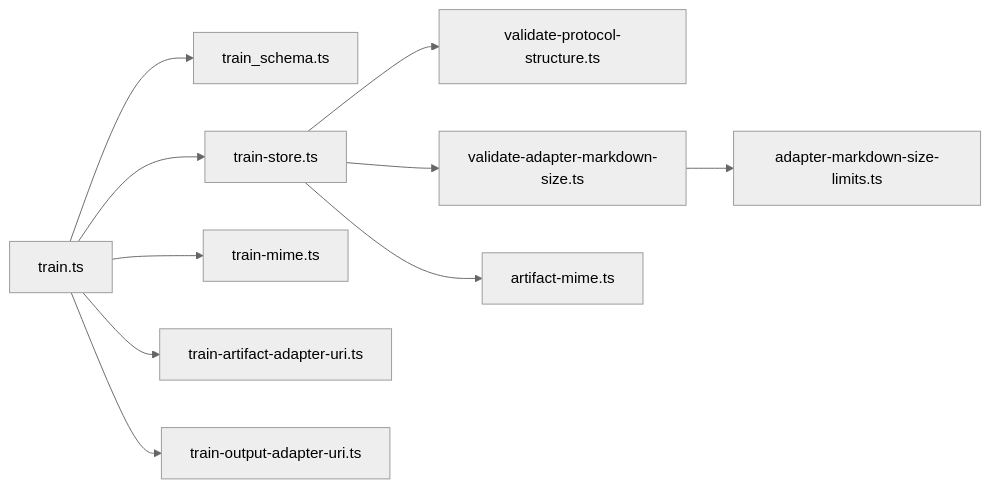
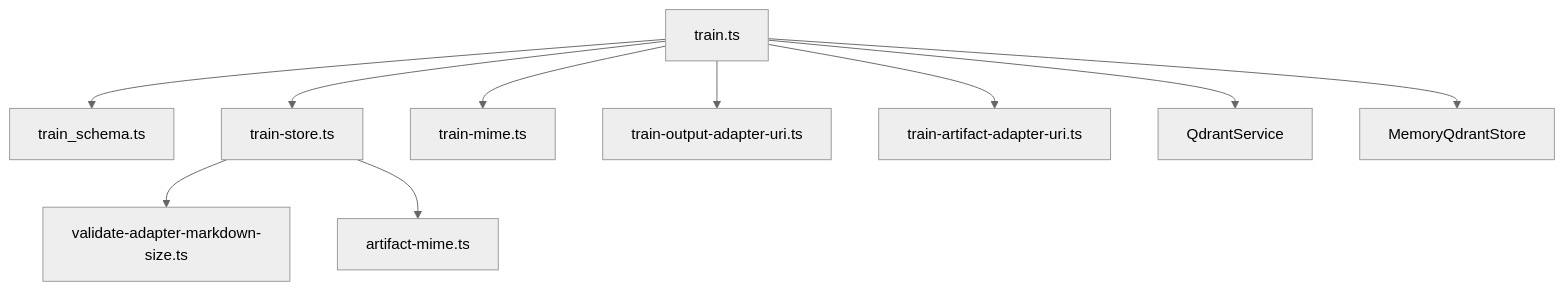
Diagram 12 of 12 in .qoder/repowiki/en/content/MCP Tools Reference/Train Tool.md (SquadRules/mcp), drawn with Mermaid (neutral theme) before and after one commit. The commit also changed other lines of this file and 553 other files, not shown here.

````diff
--- a/.qoder/repowiki/en/content/MCP Tools Reference/Train Tool.md
+++ b/.qoder/repowiki/en/content/MCP Tools Reference/Train Tool.md
@@ -410,12 +439,12 @@
 ```mermaid
-graph LR
+graph TB
 Train["train.ts"] --> Schema["train_schema.ts"]
 Train --> Store["train-store.ts"]
 Train --> Mime["train-mime.ts"]
-Train --> ArtUri["train-artifact-adapter-uri.ts"]
-Train --> OutUri["train-output-adapter-uri.ts"]
-Store --> VProto["validate-protocol-structure.ts"]
-Store --> VSize["validate-adapter-markdown-size.ts"]
-Store --> AMime["artifact-mime.ts"]
-VSize --> Limits["adapter-markdown-size-limits.ts"]
+Train --> UriOut["train-output-adapter-uri.ts"]
+Train --> UriArtifact["train-artifact-adapter-uri.ts"]
+Store --> Size["validate-adapter-markdown-size.ts"]
+Store --> ArtifactMime["artifact-mime.ts"]
+Train --> Qdrant["QdrantService"]
+Train --> Memory["MemoryQdrantStore"]
 ```
````
